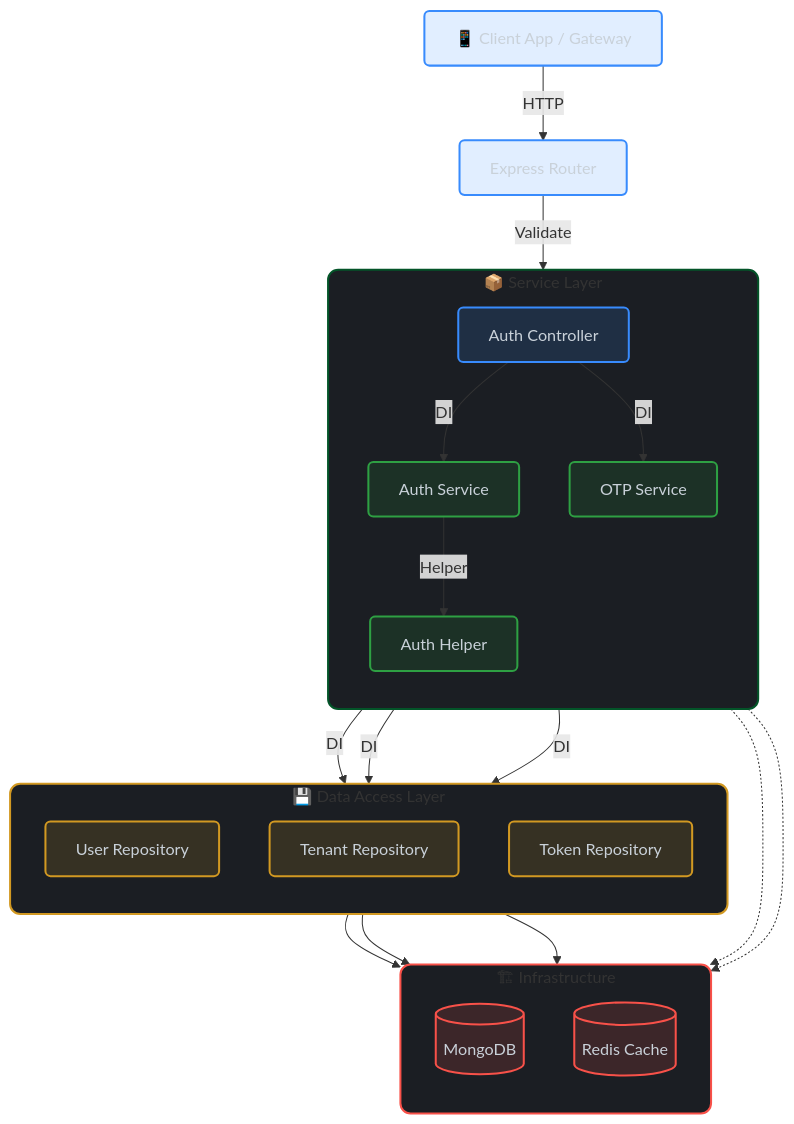
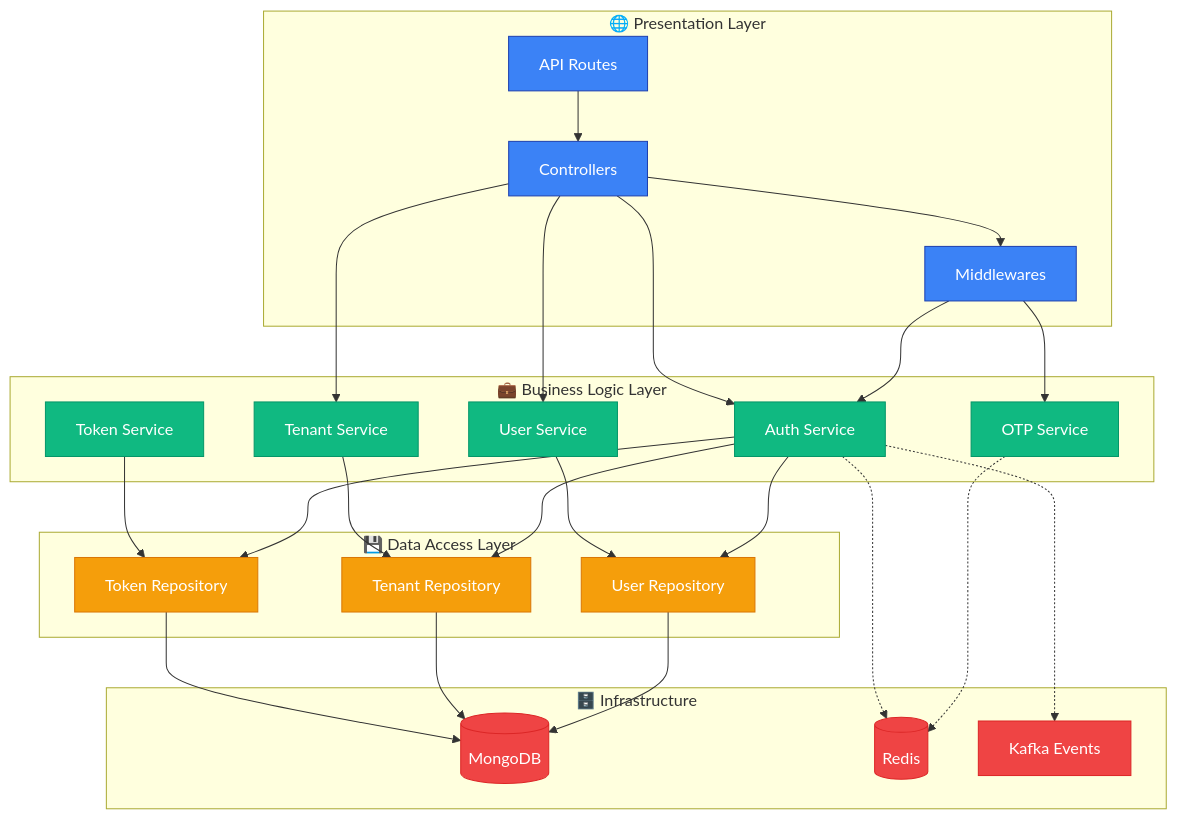
One commit to ijas9118/fleet-os-auth-service changed the first of 3 diagrams in README.md. Above: the diagram before and after it, drawn with Mermaid. The commit also changed other lines of this file, not shown here.

````diff
--- a/README.md
+++ b/README.md
@@ -42,48 +83,61 @@
 ```mermaid
-graph TD
-    %% Nodes
-    Client[📱 Client App / Gateway] -->|HTTP| Router[Express Router]
-    Router -->|Validate| Controller[Auth Controller]
-
-    subgraph ServiceLayer ["📦 Service Layer"]
-    direction TB
-    Controller -->|DI| AuthService[Auth Service]
-    Controller -->|DI| OtpService[OTP Service]
-    AuthService -->|Helper| AuthHelper[Auth Helper]
+graph TB
+    subgraph "🌐 Presentation Layer"
+        Routes[API Routes]
+        Controllers[Controllers]
+        Middleware[Middlewares]
     end
 
-    subgraph DataLayer ["💾 Data Access Layer"]
-    direction TB
-    AuthService -->|DI| UserRepo[User Repository]
-    AuthService -->|DI| TenantRepo[Tenant Repository]
-    AuthService -->|DI| TokenRepo[Token Repository]
+    subgraph "💼 Business Logic Layer"
+        AuthService[Auth Service]
+        OtpService[OTP Service]
+        TenantService[Tenant Service]
+        UserService[User Service]
+        TokenService[Token Service]
     end
 
-    subgraph Infra ["🏗 Infrastructure"]
-    direction TB
-    UserRepo --> Mongo[(MongoDB)]
-    TenantRepo --> Mongo
-    TokenRepo --> Mongo
-    AuthService -.-> Redis[(Redis Cache)]
-    OtpService -.-> Redis
+    subgraph "💾 Data Access Layer"
+        UserRepo[User Repository]
+        TenantRepo[Tenant Repository]
+        TokenRepo[Token Repository]
     end
 
-    %% Styling
-    classDef default fill:none,stroke:#30363d,stroke-width:1px,color: #c9d1d9;
-    classDef client fill: #388bfd26,stroke: #388bfd,stroke-width:2px,color: #c9d1d9,rx:5,ry:5;
-    classDef router fill: #388bfd26,stroke: #388bfd,stroke-width:2px,color: #c9d1d9,rx:5,ry:5;
-    classDef service fill: #2386362e,stroke: #2ea043,stroke-width:2px,color: #c9d1d9,rx:5,ry:5;
-    classDef data fill: #d2992226,stroke: #d29922,stroke-width:2px,color: #c9d1d9,rx:5,ry:5;
-    classDef db fill: #f8514926,stroke: #f85149,stroke-width:2px,color: #c9d1d9,rx:5,ry:5;
+    subgraph "🗄️ Infrastructure"
+        MongoDB[(MongoDB)]
+        Redis[(Redis)]
+        Kafka[Kafka Events]
+    end
 
-    class Client client;
-    class Router,Controller router;
-    class AuthService,OtpService,AuthHelper service;
-    class UserRepo,TenantRepo,TokenRepo data;
-    class Mongo,Redis db;
+    Routes --> Controllers
+    Controllers --> Middleware
+    Middleware --> AuthService
+    Middleware --> OtpService
+    Controllers --> AuthService
+    Controllers --> TenantService
+    Controllers --> UserService
+    
+    AuthService --> UserRepo
+    AuthService --> TenantRepo
+    AuthService --> TokenRepo
+    TenantService --> TenantRepo
+    UserService --> UserRepo
+    TokenService --> TokenRepo
+    
+    UserRepo --> MongoDB
+    TenantRepo --> MongoDB
+    TokenRepo --> MongoDB
+    
+    OtpService -.-> Redis
+    AuthService -.-> Redis
+    AuthService -.-> Kafka
 
-    style ServiceLayer fill: #1b1e23ff,stroke: #035428ff,stroke-width:2px,rx:10,ry:10
-    style DataLayer fill: #1b1e23ff,stroke: #d29922,stroke-width:2px,rx:10,ry:10
-    style Infra fill: #1b1e23ff,stroke: #f85149,stroke-width:2px,rx:10,ry:10
+    classDef presentation fill:#3b82f6,stroke:#1e40af,color:#fff
+    classDef business fill:#10b981,stroke:#059669,color:#fff
+    classDef data fill:#f59e0b,stroke:#d97706,color:#fff
+    classDef infra fill:#ef4444,stroke:#dc2626,color:#fff
 
+    class Routes,Controllers,Middleware presentation
+    class AuthService,OtpService,TenantService,UserService,TokenService business
+    class UserRepo,TenantRepo,TokenRepo data
+    class MongoDB,Redis,Kafka infra
 ```
````
